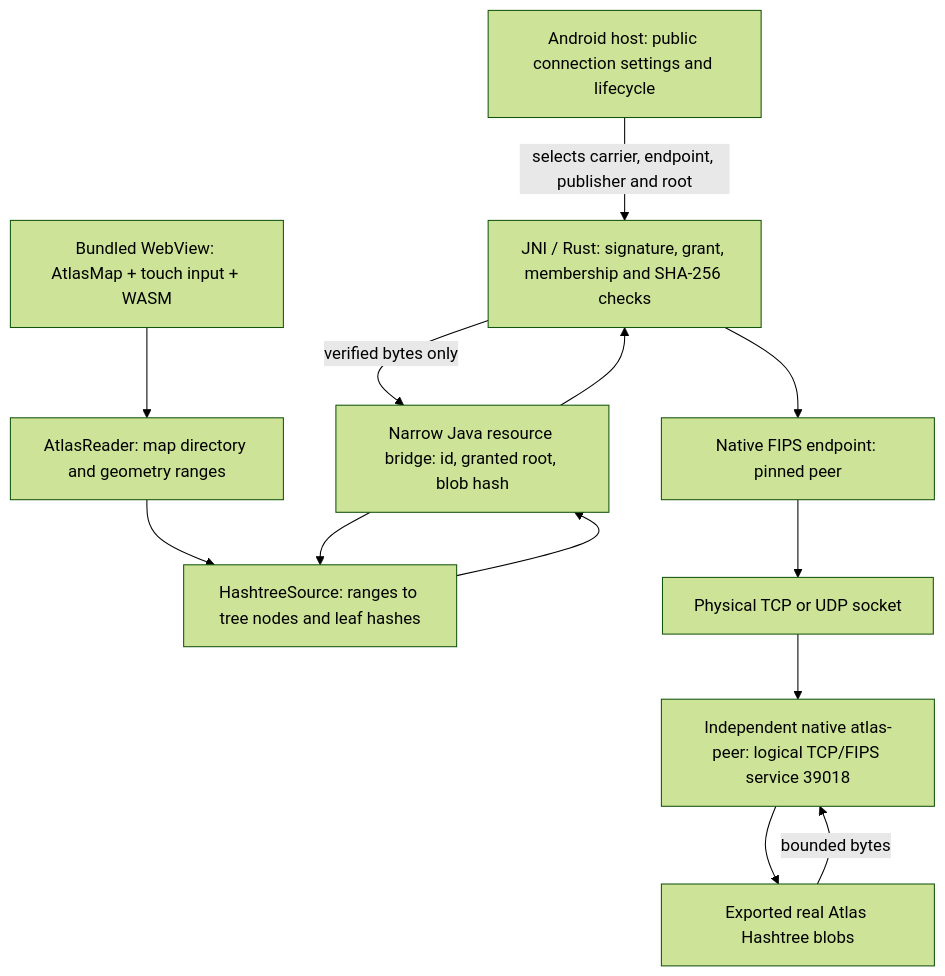
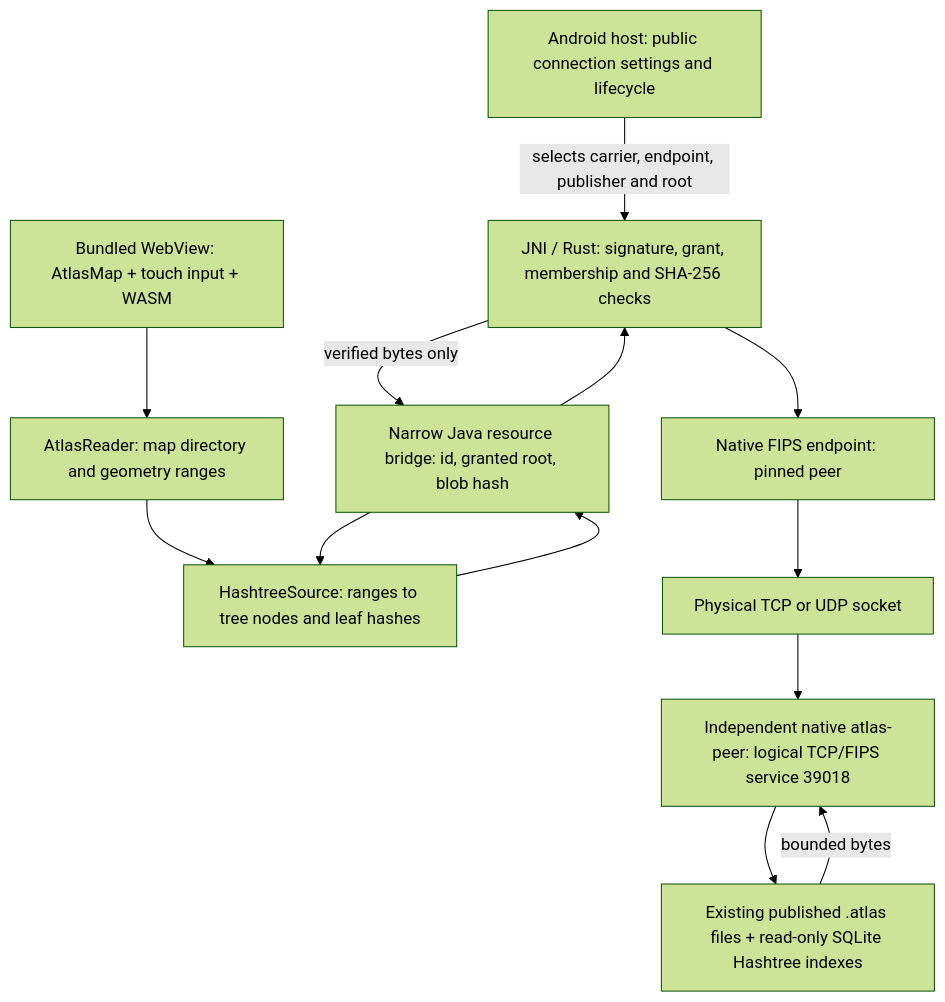
The diagram in docs/ANDROID-NATIVE-FIPS.md (zeSchlausKwab/atlas), drawn with Mermaid (forest theme) before and after one commit. The commit also changed other lines of this file and 12 other files, not shown here.

````diff
--- a/docs/ANDROID-NATIVE-FIPS.md
+++ b/docs/ANDROID-NATIVE-FIPS.md
@@ -14,18 +14,18 @@
 ```mermaid
 flowchart TB
   UI[Android host: public connection settings and lifecycle]
   W[Bundled WebView: AtlasMap + touch input + WASM]
   R[AtlasReader: map directory and geometry ranges]
   H[HashtreeSource: ranges to tree nodes and leaf hashes]
   B[Narrow Java resource bridge: id, granted root, blob hash]
   P[JNI / Rust: signature, grant, membership and SHA-256 checks]
   N[Native FIPS endpoint: pinned peer]
   T[Physical TCP or UDP socket]
   S[Independent native atlas-peer: logical TCP/FIPS service 39018]
-  F[Exported real Atlas Hashtree blobs]
+  F[Existing published .atlas files + read-only SQLite Hashtree indexes]
   UI -->|selects carrier, endpoint, publisher and root| P
   W --> R --> H --> B --> P --> N --> T --> S --> F
   F -->|bounded bytes| S
   P -->|verified bytes only| B
   B --> H
 ```
````
